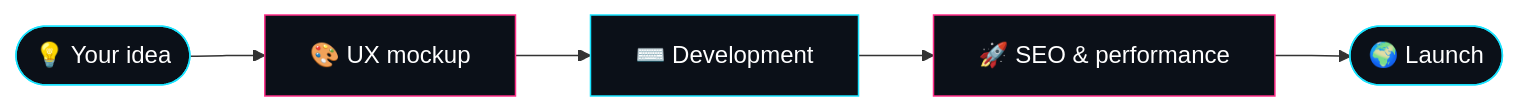
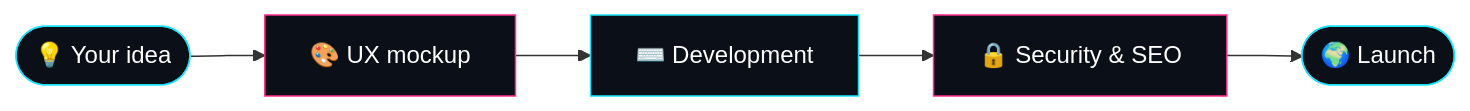
Before and after one commit to Euroshima/Euroshima: the diagram in README.md, drawn with Mermaid. The commit also changed other lines of this file, not shown here.

````diff
--- a/README.md
+++ b/README.md
@@ -62,12 +68,12 @@
 ```mermaid
 flowchart LR
     A([💡 Your idea]) --> B[🎨 UX mockup]
     B --> C[⌨️ Development]
-    C --> D[🚀 SEO & performance]
+    C --> D[🔒 Security & SEO]
     D --> E([🌍 Launch])
     style A fill:#0B1018,stroke:#19E3FF,color:#fff
     style B fill:#0B1018,stroke:#FF2E88,color:#fff
     style C fill:#0B1018,stroke:#19E3FF,color:#fff
     style D fill:#0B1018,stroke:#FF2E88,color:#fff
     style E fill:#0B1018,stroke:#19E3FF,color:#fff
 ```
````
